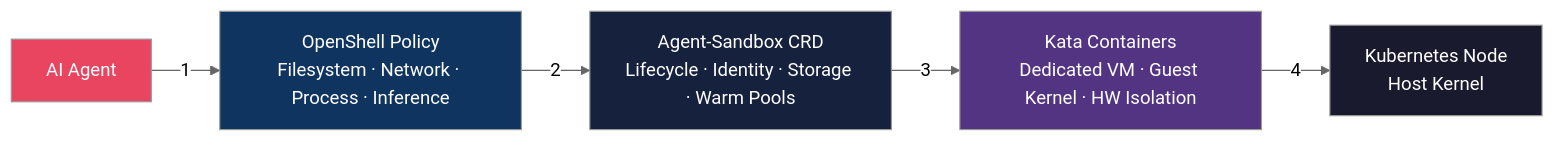
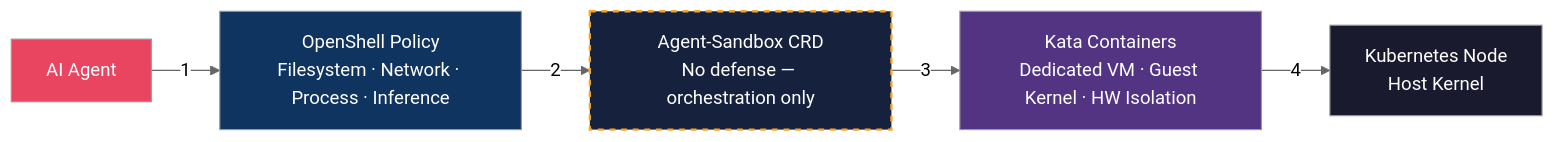
One commit to aegeiger/sandboxing-layers-presentation changed the second of 2 diagrams in agent-sandboxing-in-kubernetes.md. Above: the diagram before and after it, drawn with Mermaid (neutral theme). The commit also changed other lines of this file and 1 other file, not shown here.

Commit message:
fix defense model, add beyond defense

````diff
--- a/agent-sandboxing-in-kubernetes.md
+++ b/agent-sandboxing-in-kubernetes.md
@@ -76,13 +76,13 @@
 ```mermaid
 graph LR
     A[AI Agent] -->|1| B[OpenShell Policy<br/>Filesystem · Network · Process · Inference]
-    B -->|2| C[Agent-Sandbox CRD<br/>Lifecycle · Identity · Storage · Warm Pools]
+    B -->|2| C[Agent-Sandbox CRD<br/>No defense — orchestration only]
     C -->|3| D[Kata Containers<br/>Dedicated VM · Guest Kernel · HW Isolation]
     D -->|4| E[Kubernetes Node<br/>Host Kernel]
 
     style A fill:#e94560,color:#fff
     style B fill:#0f3460,color:#fff
-    style C fill:#16213e,color:#fff
+    style C fill:#16213e,color:#fff,stroke:#f5a623,stroke-width:2px,stroke-dasharray:5 5
     style D fill:#533483,color:#fff
     style E fill:#1a1a2e,color:#fff
 ```
````
